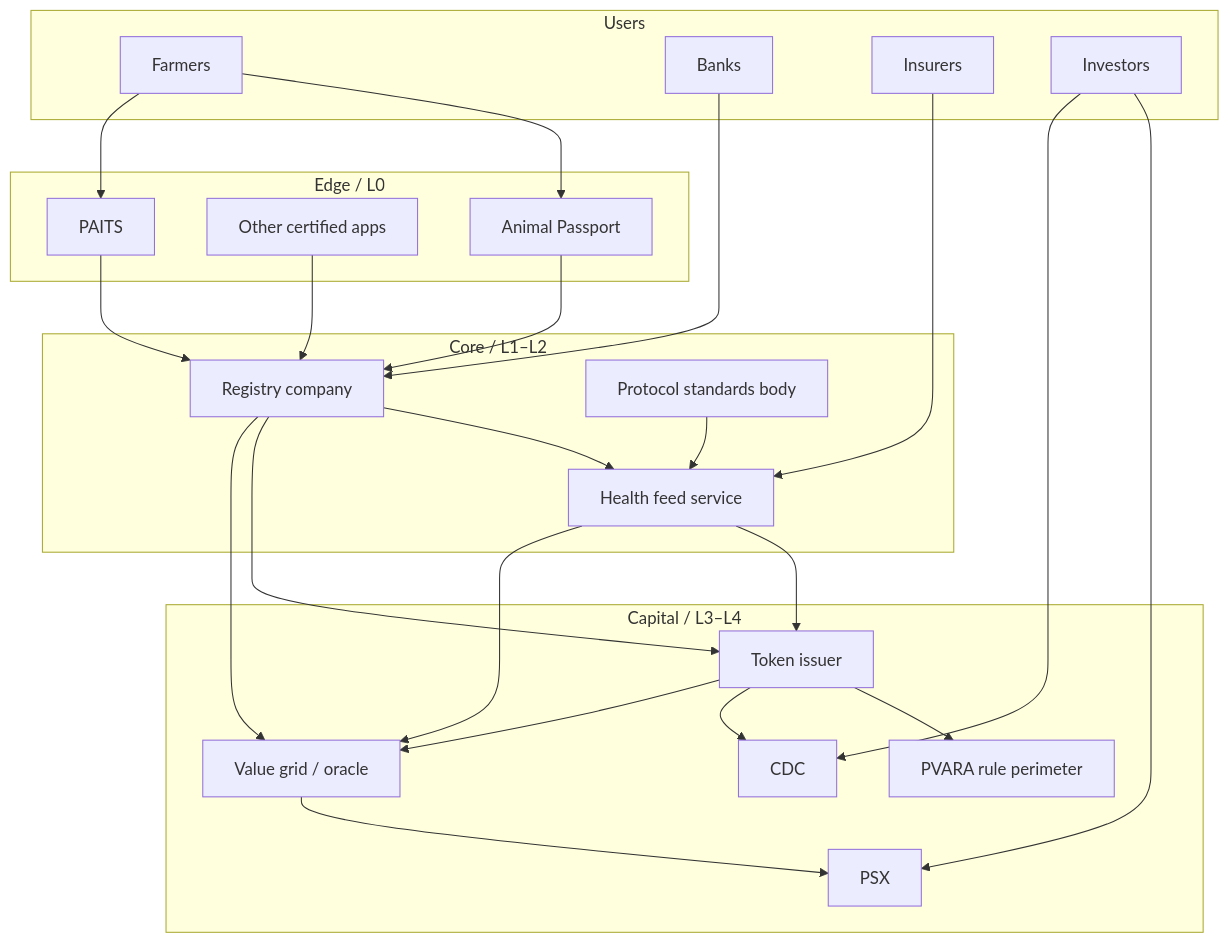
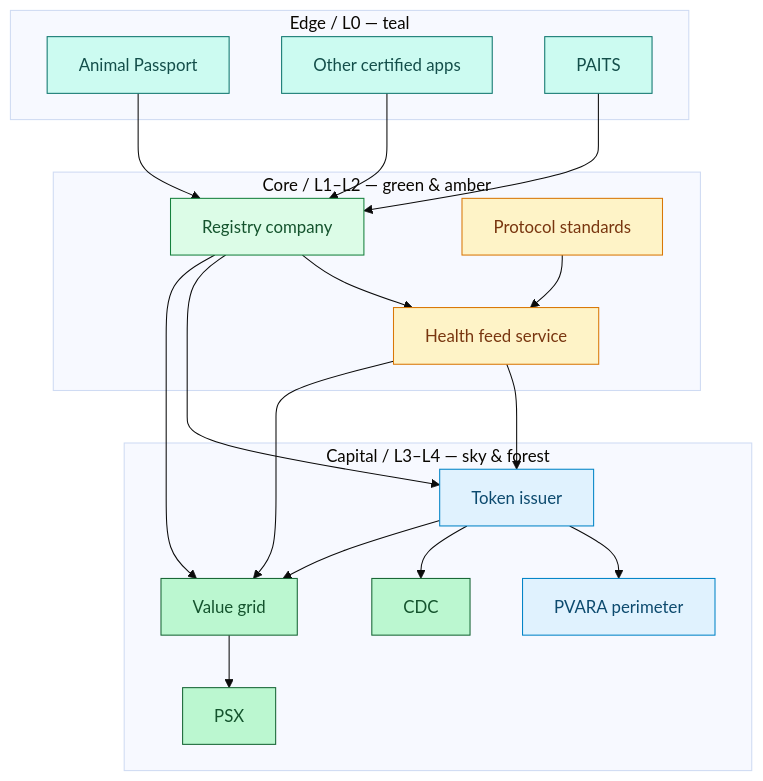
The first of 3 diagrams in 08-architecture.md (AmmarJamshed/livestock-smart-asset-stack-whitepaper), drawn with Mermaid before and after one commit. The commit also changed other lines of this file and 13 other files, not shown here.

Commit message:
style: colourful GitBook theme, hints, and diagram polish

````diff
--- a/08-architecture.md
+++ b/08-architecture.md
@@ -9,45 +13,44 @@
 ```mermaid
+%%{init: {'theme':'base'}}%%
 flowchart TB
-  subgraph Edge["Edge / L0"]
+  subgraph Edge["Edge / L0 — teal"]
     AP[Animal Passport]
     PEERS[Other certified apps]
     PAITS[PAITS]
   end
-  subgraph Core["Core / L1–L2"]
+  subgraph Core["Core / L1–L2 — green & amber"]
     REG[Registry company]
     HEALTH[Health feed service]
-    STD[Protocol standards body]
+    STD[Protocol standards]
   end
-  subgraph Capital["Capital / L3–L4"]
+  subgraph Capital["Capital / L3–L4 — sky & forest"]
     ISSUER[Token issuer]
-    PVARA[PVARA rule perimeter]
-    GRID[Value grid / oracle]
+    PVARA[PVARA perimeter]
+    GRID[Value grid]
     PSX[PSX]
     CDC[CDC]
   end
-  subgraph Users["Users"]
-    F[Farmers]
-    B[Banks]
-    I[Insurers]
-    INV[Investors]
-  end
-  F --> AP
-  F --> PAITS
   AP --> REG
   PEERS --> REG
   PAITS --> REG
   REG --> HEALTH
   STD --> HEALTH
   HEALTH --> ISSUER
   REG --> ISSUER
   ISSUER --> PVARA
   ISSUER --> CDC
   REG --> GRID
   HEALTH --> GRID
   ISSUER --> GRID
   GRID --> PSX
-  B --> REG
-  I --> HEALTH
-  INV --> PSX
-  INV --> CDC
+  classDef teal fill:#CCFBF1,stroke:#0F766E,color:#134E4A
+  classDef green fill:#DCFCE7,stroke:#15803D,color:#14532D
+  classDef amber fill:#FEF3C7,stroke:#D97706,color:#78350F
+  classDef sky fill:#E0F2FE,stroke:#0284C7,color:#0C4A6E
+  classDef forest fill:#BBF7D0,stroke:#166534,color:#14532D
+  class AP,PEERS,PAITS teal
+  class REG green
+  class HEALTH,STD amber
+  class ISSUER,PVARA sky
+  class GRID,PSX,CDC forest
 ```
````
